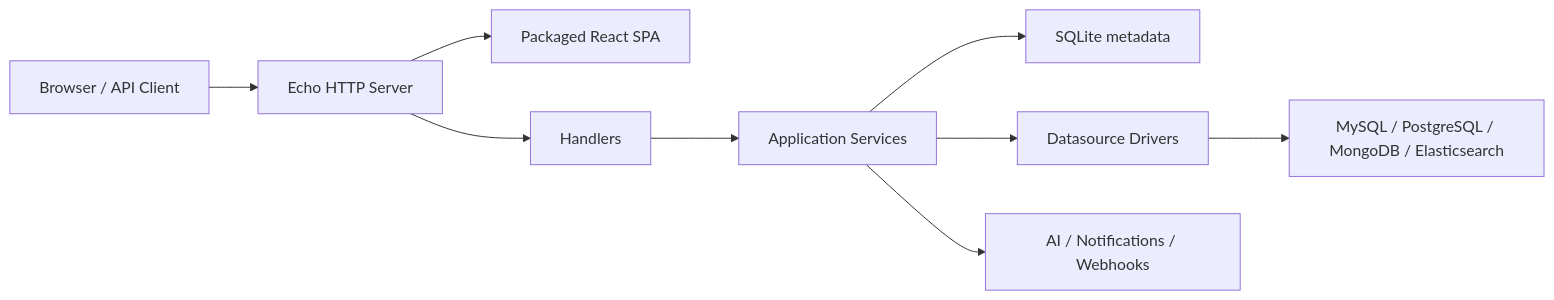
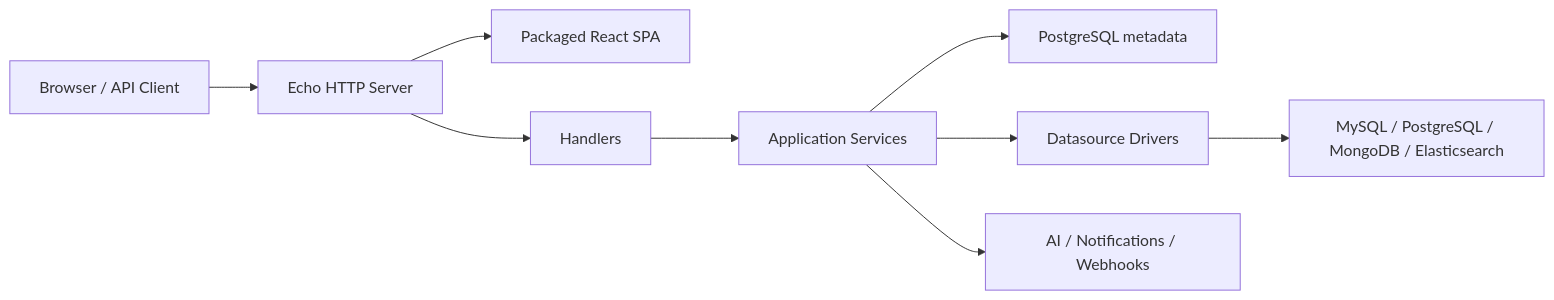
The diagram in README.md (whg517/sqlflow), drawn with Mermaid before and after one commit. The commit also changed other lines of this file and 12 other files, not shown here.

````diff
--- a/README.md
+++ b/README.md
@@ -88,11 +92,11 @@
 ```mermaid
 flowchart LR
     Client["Browser / API Client"] --> Echo["Echo HTTP Server"]
     Echo --> SPA["Packaged React SPA"]
     Echo --> Handler["Handlers"]
     Handler --> Service["Application Services"]
-    Service --> SQLite["SQLite metadata"]
+    Service --> PG["PostgreSQL metadata"]
     Service --> Driver["Datasource Drivers"]
     Driver --> Targets["MySQL / PostgreSQL / MongoDB / Elasticsearch"]
     Service --> External["AI / Notifications / Webhooks"]
 ```
````
